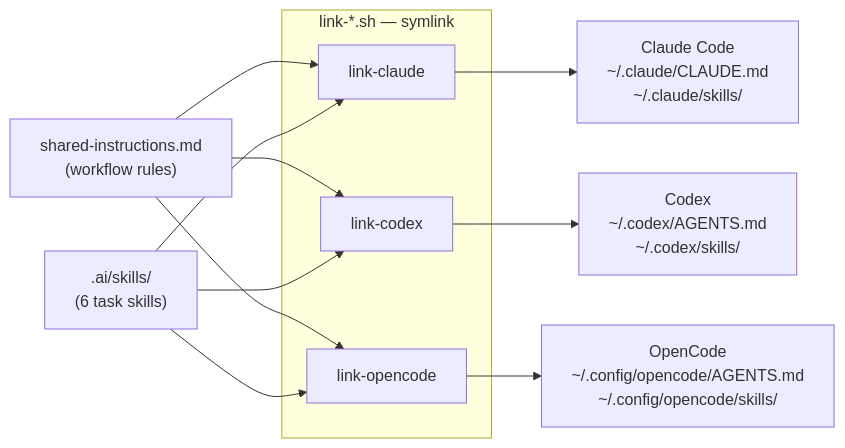
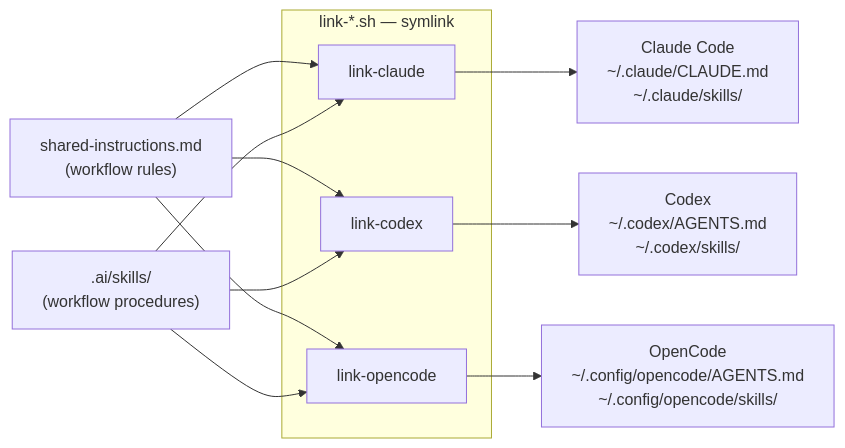
One commit to almeidabbm/dot-files changed the first of 2 diagrams in README.md. Above: the diagram before and after it, drawn with Mermaid. The commit also changed other lines of this file, not shown here.

````diff
--- a/README.md
+++ b/README.md
@@ -42,18 +37,18 @@
 ```mermaid
 flowchart LR
     rules["shared-instructions.md<br/>(workflow rules)"]
-    skills[".ai/skills/<br/>(6 task skills)"]
+    skills[".ai/skills/<br/>(workflow procedures)"]
 
     subgraph links["link-*.sh — symlink"]
         lc["link-claude"]
         lx["link-codex"]
         lo["link-opencode"]
     end
 
     rules --> lc & lx & lo
     skills --> lc & lx & lo
 
     lc --> claude["Claude Code<br/>~/.claude/CLAUDE.md<br/>~/.claude/skills/"]
     lx --> codex["Codex<br/>~/.codex/AGENTS.md<br/>~/.codex/skills/"]
     lo --> opencode["OpenCode<br/>~/.config/opencode/AGENTS.md<br/>~/.config/opencode/skills/"]
 ```
````
